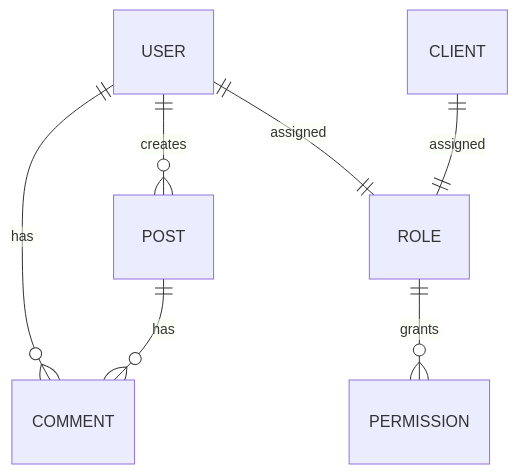
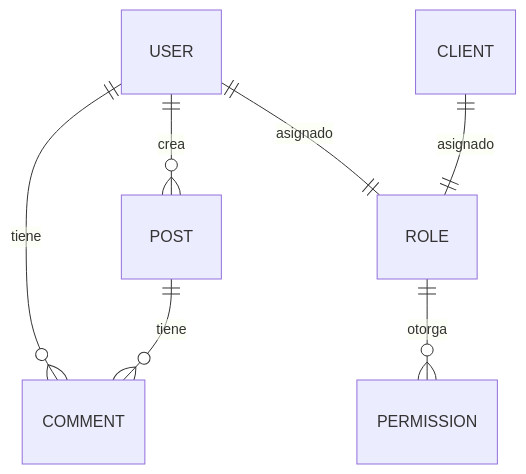
Before and after one commit to Byroncl/laboratory-reviews: the diagram in docs-post-message/docs/backend/database/schemas.md, drawn with Mermaid. The commit also changed other lines of this file and 61 other files, not shown here.

````diff
--- a/docs-post-message/docs/backend/database/schemas.md
+++ b/docs-post-message/docs/backend/database/schemas.md
@@ -213,9 +213,9 @@
 ```mermaid
 erDiagram
-    USER ||--o{ POST : "creates"
-    USER ||--o{ COMMENT : "has"
-    USER ||--|| ROLE : "assigned"
-    POST ||--o{ COMMENT : "has"
-    ROLE ||--o{ PERMISSION : "grants"
-    CLIENT ||--|| ROLE : "assigned"
+    USER ||--o{ POST : "crea"
+    USER ||--o{ COMMENT : "tiene"
+    USER ||--|| ROLE : "asignado"
+    POST ||--o{ COMMENT : "tiene"
+    ROLE ||--o{ PERMISSION : "otorga"
+    CLIENT ||--|| ROLE : "asignado"
 ```
````
